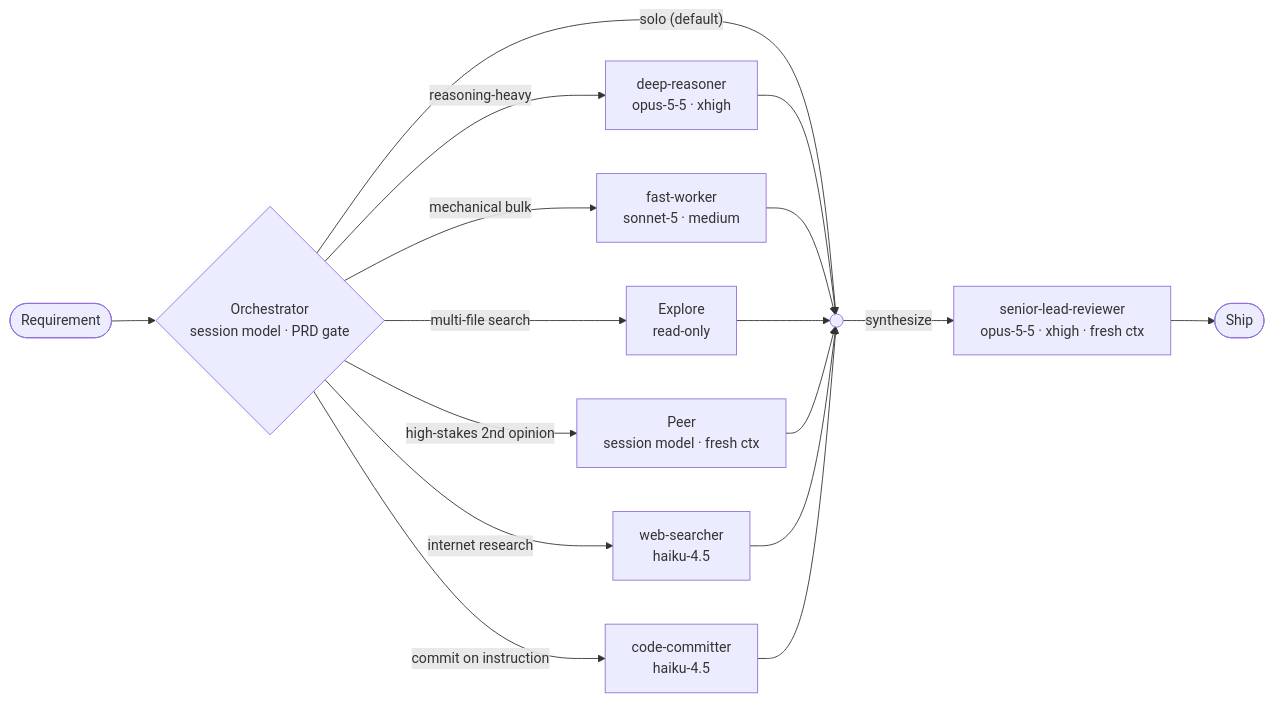
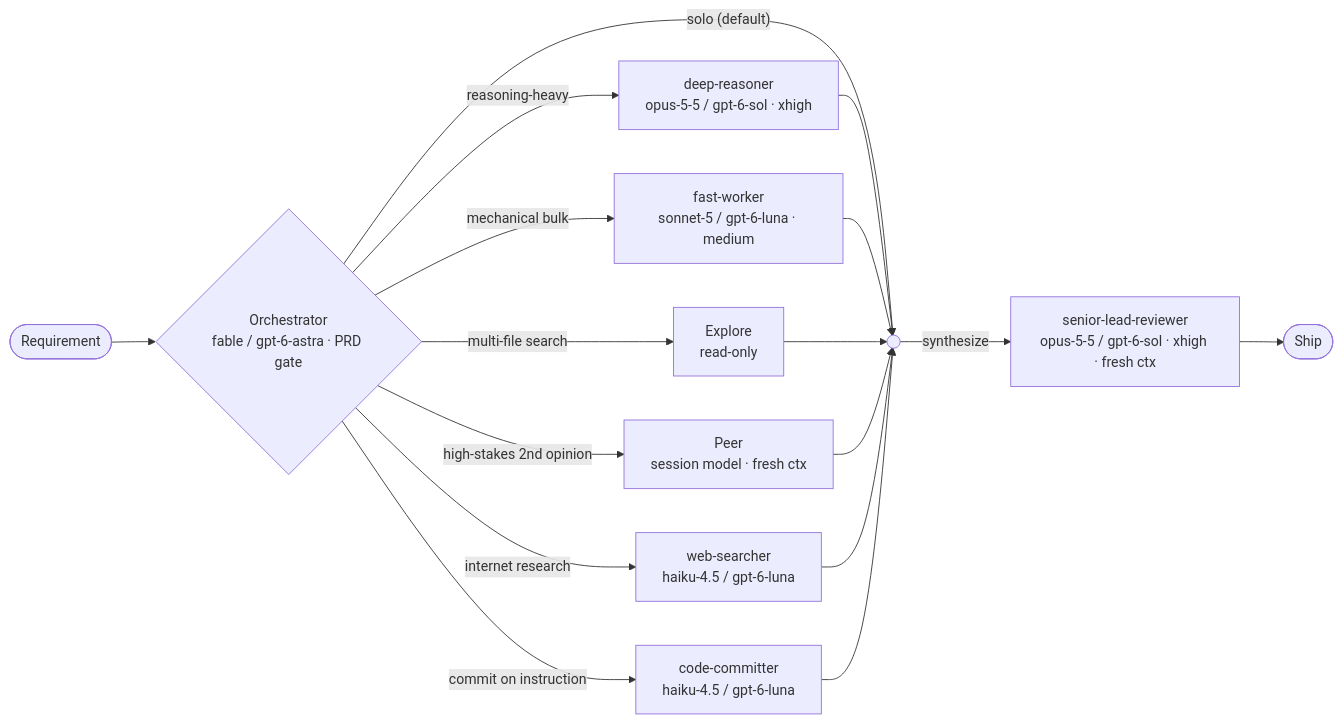
The diagram in README.md (wonpanu/ai-harness), drawn with Mermaid before and after one commit. The commit also changed other lines of this file, not shown here.

Commit message:
readme: show openai tier next to claude in agents table and diagram

````diff
--- a/README.md
+++ b/README.md
@@ -18,20 +18,20 @@
 ```mermaid
 flowchart LR
     REQ([Requirement]) --> ORCH
-    ORCH{"Orchestrator<br/>session model · PRD gate"}
+    ORCH{"Orchestrator<br/>fable / gpt-6-astra · PRD gate"}
     ORCH -->|"solo (default)"| SYN(( ))
-    ORCH -->|reasoning-heavy| DEEP["deep-reasoner<br/>opus-5-5 · xhigh"]
-    ORCH -->|mechanical bulk| FAST["fast-worker<br/>sonnet-5 · medium"]
+    ORCH -->|reasoning-heavy| DEEP["deep-reasoner<br/>opus-5-5 / gpt-6-sol · xhigh"]
+    ORCH -->|mechanical bulk| FAST["fast-worker<br/>sonnet-5 / gpt-6-luna · medium"]
     ORCH -->|multi-file search| EXP["Explore<br/>read-only"]
     ORCH -->|high-stakes 2nd opinion| PEER["Peer<br/>session model · fresh ctx"]
-    ORCH -->|internet research| WEB["web-searcher<br/>haiku-4.5"]
-    ORCH -->|commit on instruction| COMMIT["code-committer<br/>haiku-4.5"]
+    ORCH -->|internet research| WEB["web-searcher<br/>haiku-4.5 / gpt-6-luna"]
+    ORCH -->|commit on instruction| COMMIT["code-committer<br/>haiku-4.5 / gpt-6-luna"]
     DEEP --> SYN
     FAST --> SYN
     EXP --> SYN
     PEER --> SYN
     WEB --> SYN
     COMMIT --> SYN
-    SYN -->|synthesize| REV["senior-lead-reviewer<br/>opus-5-5 · xhigh · fresh ctx"]
+    SYN -->|synthesize| REV["senior-lead-reviewer<br/>opus-5-5 / gpt-6-sol · xhigh · fresh ctx"]
     REV --> SHIP([Ship])
 ```
````
